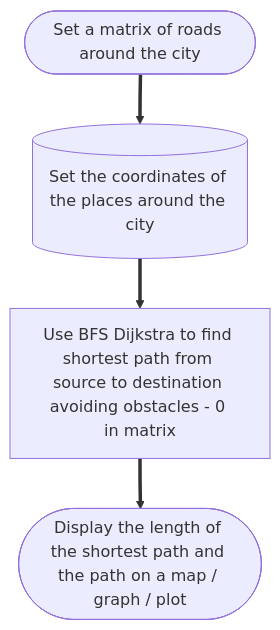
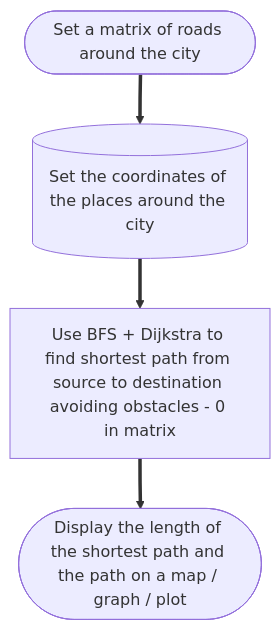
The second of 2 diagrams in README.md (Eashan-10/Hospital-Patient-Queue), drawn with Mermaid before and after one commit. The commit also changed other lines of this file, not shown here.

````diff
--- a/README.md
+++ b/README.md
@@ -14,6 +31,6 @@
 ```mermaid
 flowchart TD
     StartNode([Set a matrix of roads around the city]) ==> B[(Set the coordinates of the places around the city)]
-    B ==> C[Use BFS Dijkstra to find shortest path from source to destination avoiding obstacles - 0 in matrix]
+    B ==> C[Use BFS + Dijkstra to find shortest path from source to destination avoiding obstacles - 0 in matrix]
     C ==> EndNode([Display the length of the shortest path and the path on a map / graph / plot])
 ```
````
